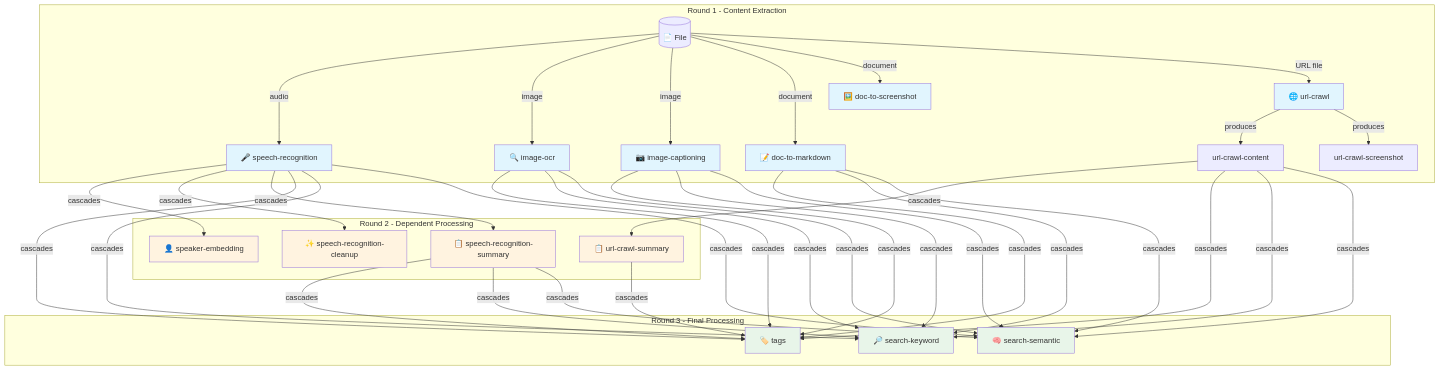
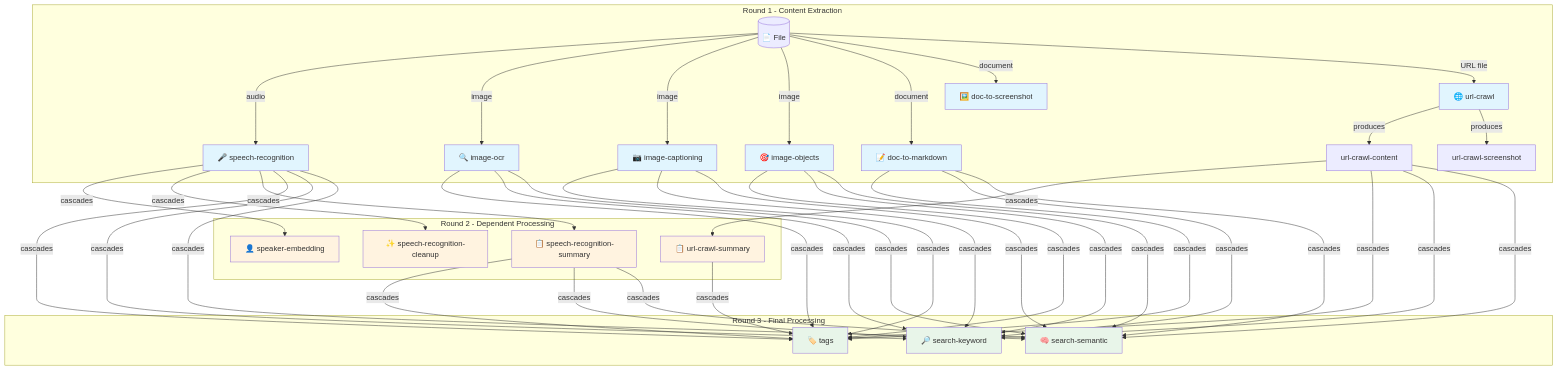
Before and after one commit to xiaoyuanzhu-com/my-life-db: the diagram in docs/digest.md, drawn with Mermaid. The commit also changed other lines of this file and 4 other files, not shown here.

First line of the commit message:
feat: add image-objects digester

````diff
--- a/docs/digest.md
+++ b/docs/digest.md
@@ -415,63 +423,68 @@
 ```mermaid
 flowchart TD
     subgraph "Round 1 - Content Extraction"
         FILE[("📄 File")]
 
         FILE --> |"audio"| SR["🎤 speech-recognition"]
         FILE --> |"image"| IO["🔍 image-ocr"]
         FILE --> |"image"| IC["📷 image-captioning"]
+        FILE --> |"image"| IOBJ["🎯 image-objects"]
         FILE --> |"document"| DTM["📝 doc-to-markdown"]
         FILE --> |"document"| DTS["🖼️ doc-to-screenshot"]
         FILE --> |"URL file"| UC["🌐 url-crawl"]
 
         UC --> |"produces"| UCC["url-crawl-content"]
         UC --> |"produces"| UCSS["url-crawl-screenshot"]
     end
 
     subgraph "Round 2 - Dependent Processing"
         SR --> |"cascades"| SE["👤 speaker-embedding"]
         SR --> |"cascades"| TC["✨ speech-recognition-cleanup"]
         SR --> |"cascades"| SRSUM["📋 speech-recognition-summary"]
         UCC --> |"cascades"| UCSUM["📋 url-crawl-summary"]
     end
 
     subgraph "Round 3 - Final Processing"
         SR --> |"cascades"| TAGS["🏷️ tags"]
         IO --> |"cascades"| TAGS
         IC --> |"cascades"| TAGS
+        IOBJ --> |"cascades"| TAGS
         DTM --> |"cascades"| TAGS
         UCC --> |"cascades"| TAGS
         UCSUM --> |"cascades"| TAGS
         SRSUM --> |"cascades"| TAGS
 
         SR --> |"cascades"| SK["🔎 search-keyword"]
         IO --> |"cascades"| SK
         IC --> |"cascades"| SK
+        IOBJ --> |"cascades"| SK
         DTM --> |"cascades"| SK
         UCC --> |"cascades"| SK
         SRSUM --> |"cascades"| SK
 
         SR --> |"cascades"| SS["🧠 search-semantic"]
         IO --> |"cascades"| SS
         IC --> |"cascades"| SS
+        IOBJ --> |"cascades"| SS
         DTM --> |"cascades"| SS
         UCC --> |"cascades"| SS
         SRSUM --> |"cascades"| SS
     end
 
     style SR fill:#e1f5fe
     style IO fill:#e1f5fe
     style IC fill:#e1f5fe
+    style IOBJ fill:#e1f5fe
     style DTM fill:#e1f5fe
     style DTS fill:#e1f5fe
     style UC fill:#e1f5fe
 
     style SE fill:#fff3e0
     style TC fill:#fff3e0
     style SRSUM fill:#fff3e0
     style UCSUM fill:#fff3e0
 
     style TAGS fill:#e8f5e9
     style SK fill:#e8f5e9
     style SS fill:#e8f5e9
 ```
````
